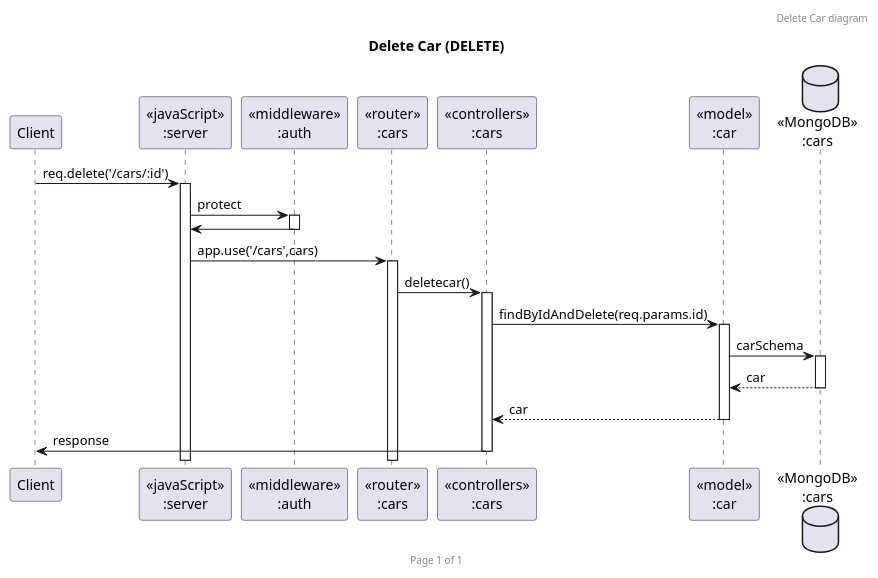
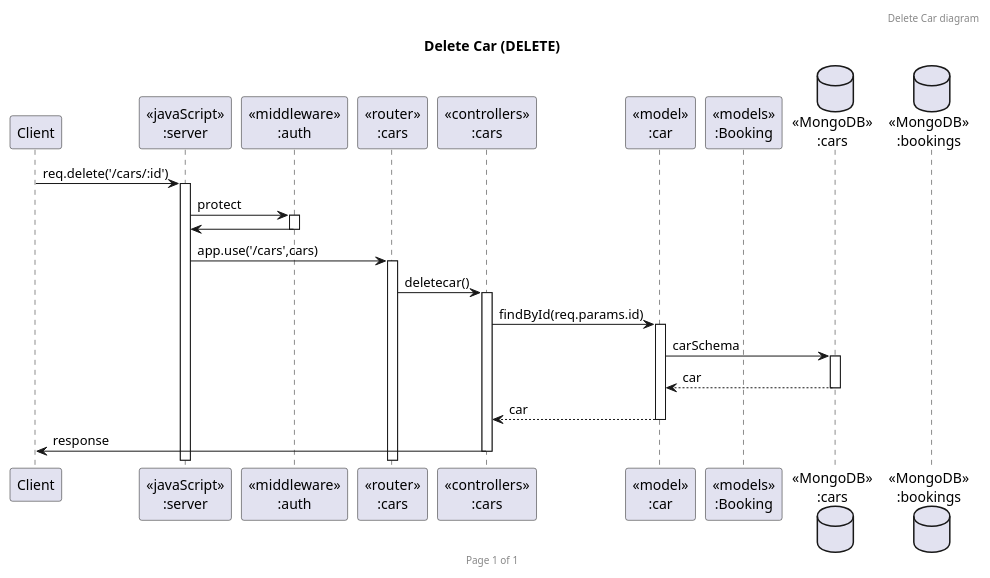
One commit to 2110503TACEDT66/presentation-day-1-samrongsquad changed the diagram in Puml/deleteCar.puml. Above: the diagram before and after it, drawn with PlantUML. The commit also changed 2 other files, not shown here.

```diff
--- a/Puml/deleteCar.puml
+++ b/Puml/deleteCar.puml
@@ -1,26 +1,28 @@
 @startuml Delete Car (DELETE)
 
 header Delete Car diagram
 footer Page %page% of %lastpage%
 title "Delete Car (DELETE)"
 
 participant "Client" as client
 participant "<<javaScript>>\n:server" as server
 participant "<<middleware>>\n:auth" as middlewareAuth
 participant "<<router>>\n:cars" as routercars
 participant "<<controllers>>\n:cars" as controllerscars
 participant "<<model>>\n:car" as modelcar
+participant "<<models>>\n:Booking" as bookingModel
 database "<<MongoDB>>\n:cars" as carsDatabase
+database "<<MongoDB>>\n:bookings" as bookingDatabase
 
 client->server ++:req.delete('/cars/:id')
 server->middlewareAuth ++:protect
 middlewareAuth->server --:
 server->routercars ++:app.use('/cars',cars)
 routercars -> controllerscars ++:deletecar()
-controllerscars->modelcar ++:findByIdAndDelete(req.params.id)
+controllerscars->modelcar ++:findById(req.params.id)
 modelcar ->carsDatabase ++: carSchema
 carsDatabase --> modelcar --: car
 controllerscars <-- modelcar --:car
 controllerscars->client --:response
 
 @enduml
```
